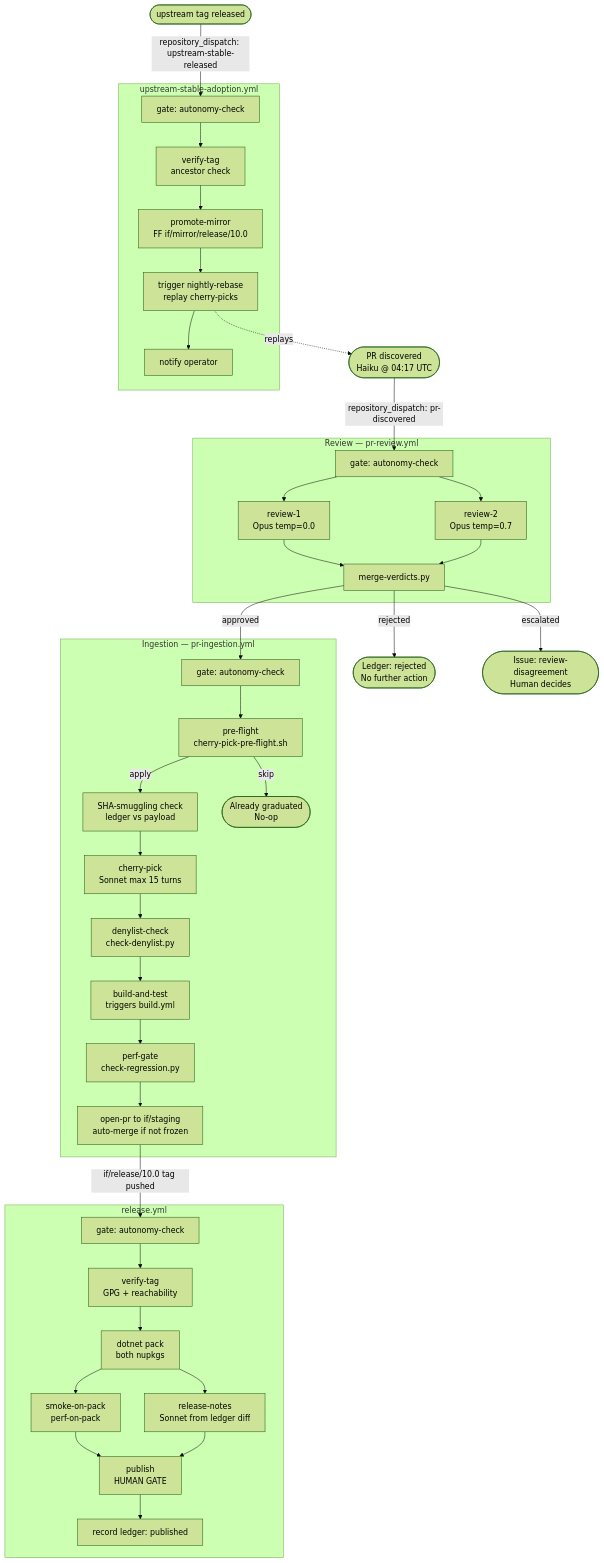
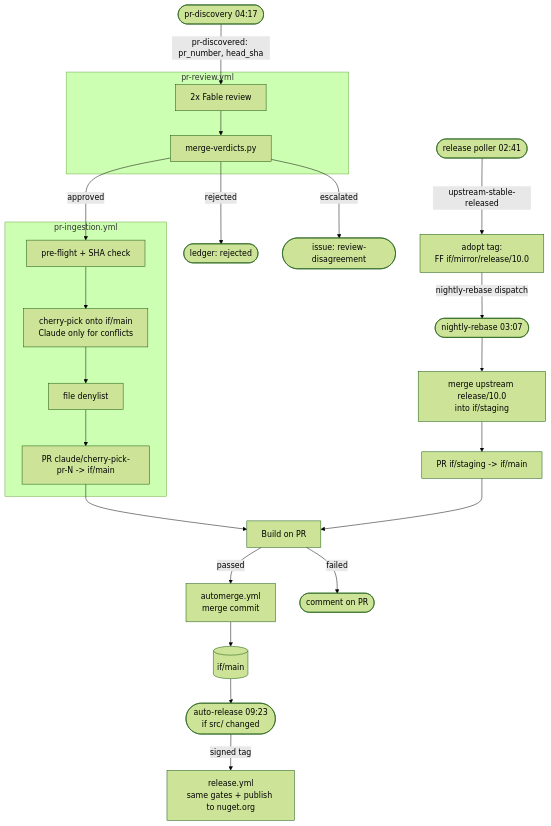
One commit to InitialForce/wpf changed the diagram in FORK.md. Above: the diagram before and after it, drawn with Mermaid (forest theme). The commit also changed other lines of this file, not shown here.

````diff
--- a/FORK.md
+++ b/FORK.md
@@ -217,48 +252,32 @@
 ```mermaid
 flowchart TD
-    A([PR discovered\nHaiku @ 04:17 UTC]) -->|repository_dispatch: pr-discovered| B
+    D([pr-discovery 04:17]) -->|pr-discovered: pr_number, head_sha| R
 
-    subgraph Review["Review — pr-review.yml"]
-        B[gate: autonomy-check] --> C[review-1\nOpus temp=0.0]
-        B --> D[review-2\nOpus temp=0.7]
-        C --> E[merge-verdicts.py]
-        D --> E
+    subgraph Review["pr-review.yml"]
+        R[2x Fable review] --> MV[merge-verdicts.py]
     end
 
-    E -->|approved| F
-    E -->|rejected| Z1([Ledger: rejected\nNo further action])
-    E -->|escalated| Z2([Issue: review-disagreement\nHuman decides])
+    MV -->|approved| I
+    MV -->|rejected| Z1([ledger: rejected])
+    MV -->|escalated| Z2([issue: review-disagreement])
 
-    subgraph Ingest["Ingestion — pr-ingestion.yml"]
-        F[gate: autonomy-check] --> G[pre-flight\ncherry-pick-pre-flight.sh]
-        G -->|apply| H[SHA-smuggling check\nledger vs payload]
-        G -->|skip| Z3([Already graduated\nNo-op])
-        H --> I[cherry-pick\nSonnet max 15 turns]
-        I --> J[denylist-check\ncheck-denylist.py]
-        J --> K[build-and-test\ntriggers build.yml]
-        K --> L[perf-gate\ncheck-regression.py]
-        L --> M[open-pr to if/staging\nauto-merge if not frozen]
+    subgraph Ingest["pr-ingestion.yml"]
+        I[pre-flight + SHA check] --> CP[cherry-pick onto if/main\nClaude only for conflicts]
+        CP --> DL[file denylist]
+        DL --> PR1[PR claude/cherry-pick-pr-N -> if/main]
     end
 
-    M -->|if/release/10.0 tag pushed| T
+    N([nightly-rebase 03:07]) --> S[merge upstream release/10.0\ninto if/staging]
+    S --> PR2[PR if/staging -> if/main]
+    P([release poller 02:41]) -->|upstream-stable-released| A[adopt tag:\nFF if/mirror/release/10.0]
+    A -->|nightly-rebase dispatch| N
 
-    subgraph Release["release.yml"]
-        T[gate: autonomy-check] --> U[verify-tag\nGPG + reachability]
-        U --> V[dotnet pack\nboth nupkgs]
-        V --> W[smoke-on-pack\nperf-on-pack]
-        V --> X[release-notes\nSonnet from ledger diff]
-        W & X --> Y[publish\nHUMAN GATE]
-        Y --> Y2[record ledger: published]
-    end
+    PR1 --> B[Build on PR]
+    PR2 --> B
+    B -->|passed| M[automerge.yml\nmerge commit]
+    B -->|failed| C([comment on PR])
+    M --> MAIN[(if/main)]
 
-    AA([upstream tag released]) -->|repository_dispatch: upstream-stable-released| BB
-
-    subgraph Graduation["upstream-stable-adoption.yml"]
-        BB[gate: autonomy-check] --> CC[verify-tag\nancestor check]
-        CC --> DD[promote-mirror\nFF if/mirror/release/10.0]
-        DD --> EE[trigger nightly-rebase\nreplay cherry-picks]
-        EE --> FF[notify operator]
-    end
-
-    EE -.->|replays| A
+    MAIN --> AR([auto-release 09:23\nif src/ changed])
+    AR -->|signed tag| REL[release.yml\nsame gates + publish to nuget.org]
 ```
````
